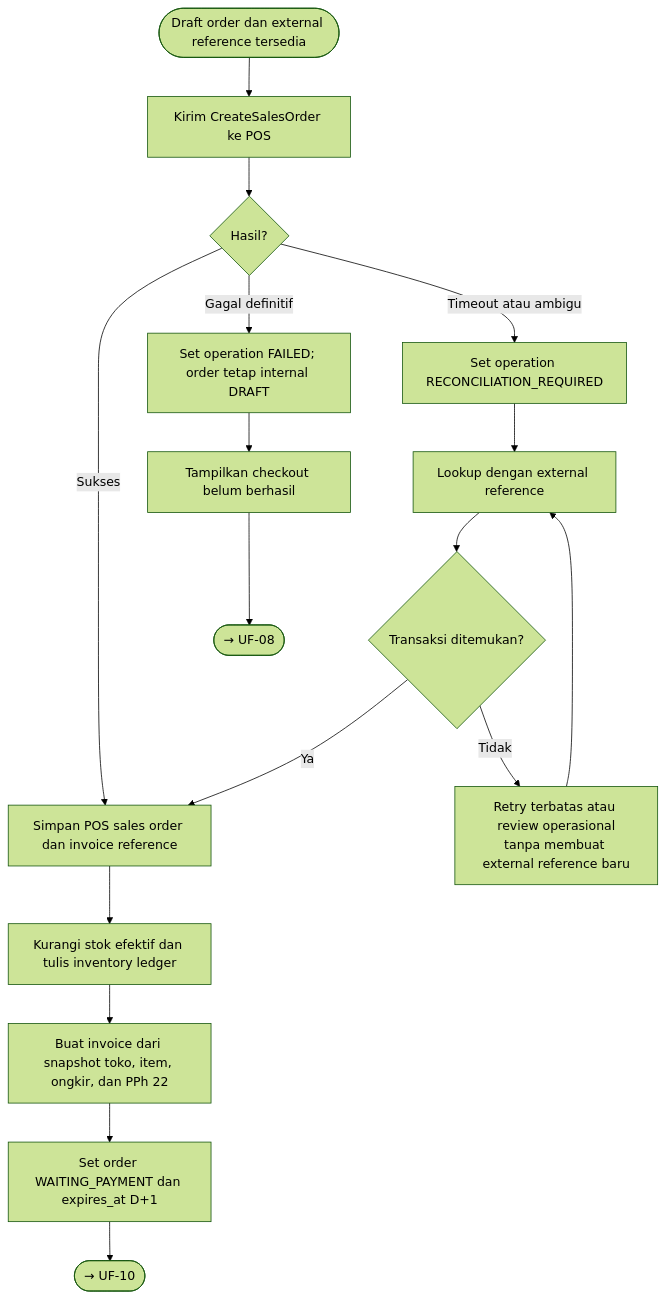
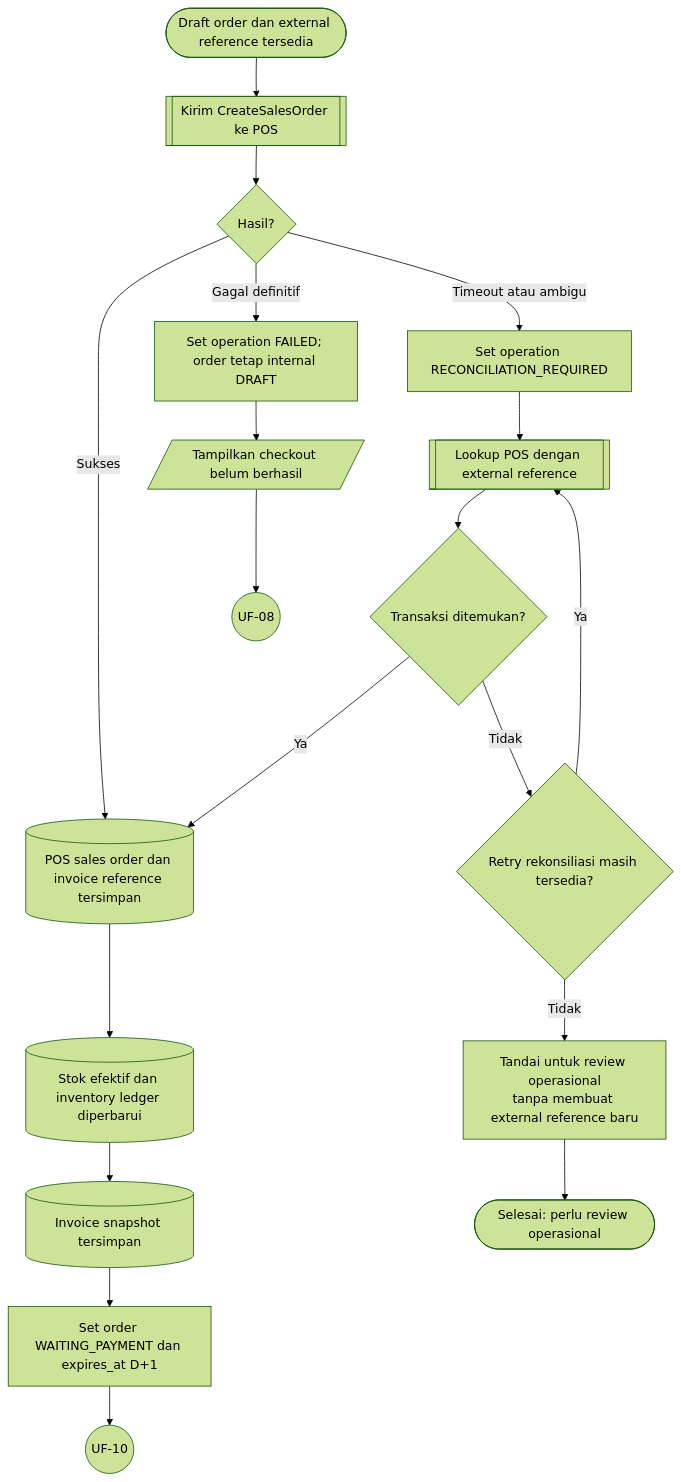
Before and after one commit to Webekspres/pixel-komunika: the ninth of 18 diagrams in docs/design/USER_FLOWS.md, drawn with Mermaid (forest theme). The commit also changed other lines of this file, not shown here.

Commit message:
docs: standardize user flow notation

````diff
--- a/docs/design/USER_FLOWS.md
+++ b/docs/design/USER_FLOWS.md
@@ -286,22 +310,24 @@
 ```mermaid
 flowchart TD
-    A([Draft order dan external reference tersedia]) --> B["Kirim CreateSalesOrder ke POS"]
+    A(["Draft order dan external reference tersedia"]) --> B[["Kirim CreateSalesOrder ke POS"]]
     B --> C{"Hasil?"}
-    C -->|Sukses| D["Simpan POS sales order dan invoice reference"]
-    D --> E["Kurangi stok efektif dan tulis inventory ledger"]
-    E --> F["Buat invoice dari snapshot toko, item, ongkir, dan PPh 22"]
+    C -->|Sukses| D[("POS sales order dan invoice reference tersimpan")]
+    D --> E[("Stok efektif dan inventory ledger diperbarui")]
+    E --> F[("Invoice snapshot tersimpan")]
     F --> G["Set order WAITING_PAYMENT dan expires_at D+1"]
-    G --> C_UF10(["→ UF-10"])
+    G --> C_UF10((UF-10))
     C -->|Timeout atau ambigu| H["Set operation RECONCILIATION_REQUIRED"]
-    H --> I["Lookup dengan external reference"]
+    H --> I[["Lookup POS dengan external reference"]]
     I --> J{"Transaksi ditemukan?"}
     J -->|Ya| D
-    J -->|Tidak| K["Retry terbatas atau review operasional<br/>tanpa membuat external reference baru"]
-    K --> I
+    J -->|Tidak| K{"Retry rekonsiliasi masih tersedia?"}
+    K -->|Ya| I
+    K -->|Tidak| K1["Tandai untuk review operasional<br/>tanpa membuat external reference baru"]
+    K1 --> K2(["Selesai: perlu review operasional"])
     C -->|Gagal definitif| L["Set operation FAILED; order tetap internal DRAFT"]
-    L --> M["Tampilkan checkout belum berhasil"]
-    M --> C_UF08(["→ UF-08"])
+    L --> M[/"Tampilkan checkout belum berhasil"/]
+    M --> C_UF08((UF-08))
 
     click C_UF08 "#uf-08-validasi-checkout"
     click C_UF10 "#uf-10-pengajuan-pembayaran"
 ```
````
